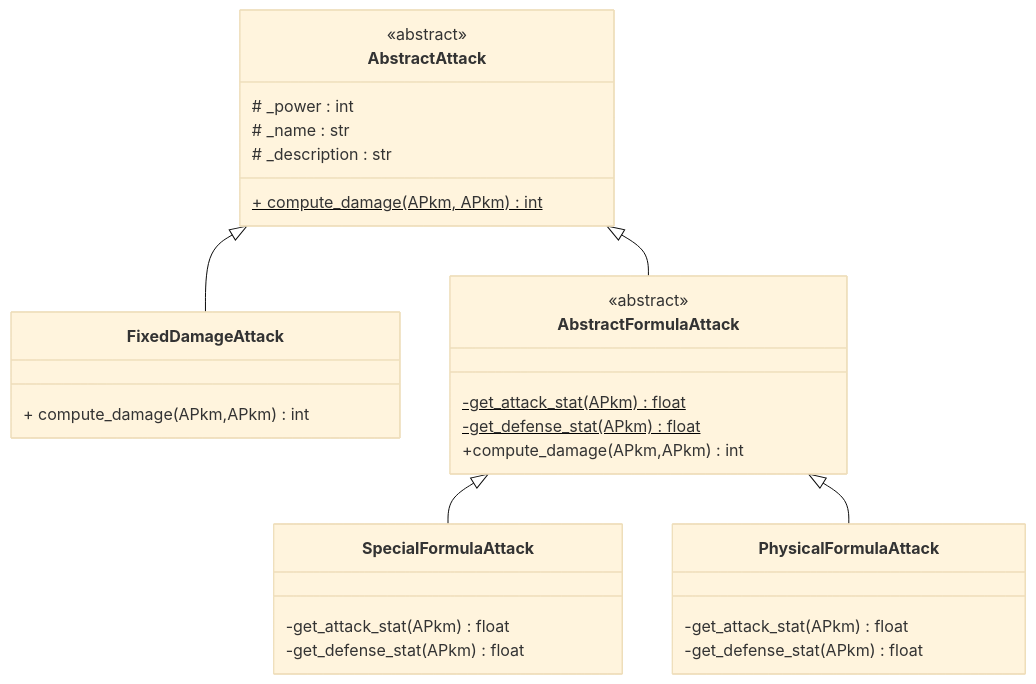
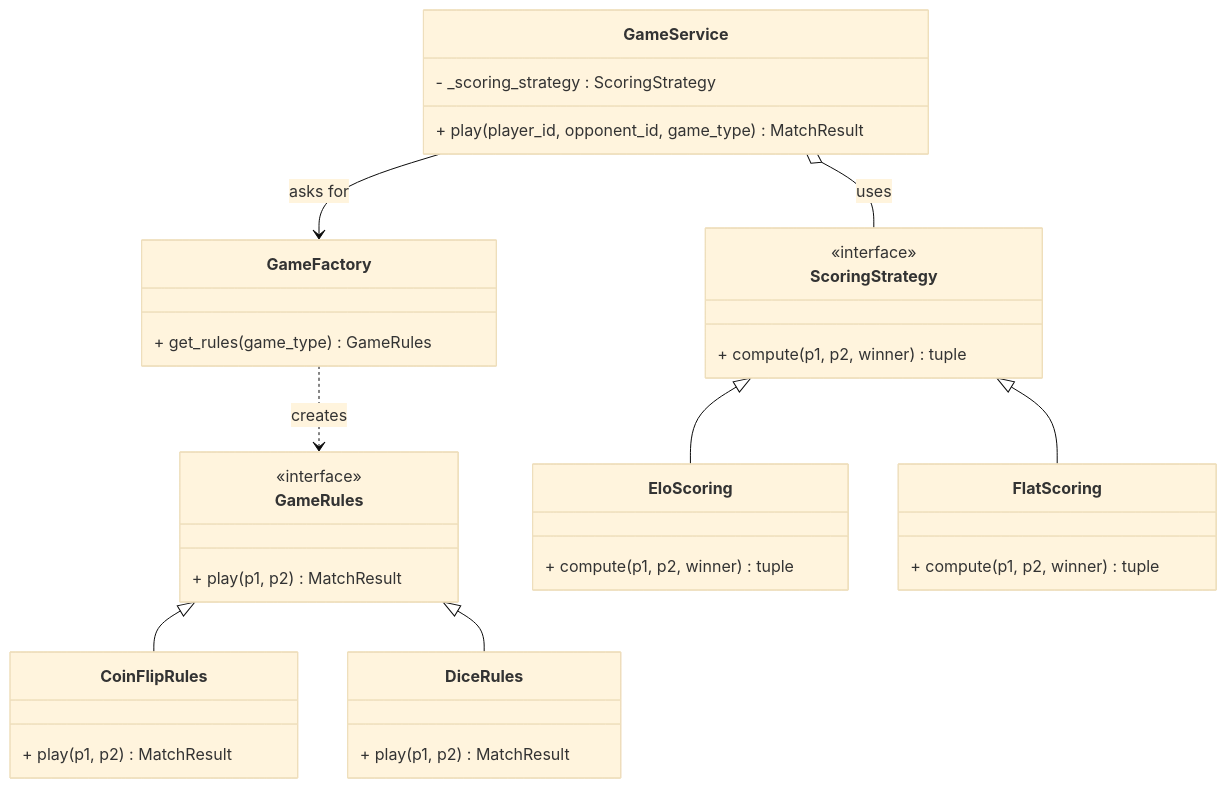
Before and after one commit to ludo2ne/ENSAI-2A-Projet-info: the diagram in quarto-site/doc/tp/tp2.qmd, drawn with Mermaid (base theme). The commit also changed other lines of this file and 6 other files, not shown here.

````diff
--- a/quarto-site/doc/tp/tp2.qmd
+++ b/quarto-site/doc/tp/tp2.qmd
@@ -422,37 +58,45 @@
 ```{mermaid}
 classDiagram
-
-  class AbstractAttack{
-    <<abstract>>
-    # _power : int
-    # _name : str
-    # _description : str
-    + compute_damage(APkm, APkm)$  int
+  class GameService {
+    - _scoring_strategy : ScoringStrategy
+    + play(player_id, opponent_id, game_type) MatchResult
   }
 
-   class FixedDamageAttack{
-    + compute_damage(APkm,APkm )  int
-   }
+  class GameFactory {
+    + get_rules(game_type) GameRules
+  }
 
-  class AbstractFormulaAttack{
-    <<abstract>>
-    -get_attack_stat(APkm)$  float
-    -get_defense_stat(APkm)$  float
-    +compute_damage(APkm,APkm)  int
+  class GameRules {
+    <<interface>>
+    + play(p1, p2) MatchResult
   }
- 
-  class PhysicalFormulaAttack{
-    -get_attack_stat(APkm)  float
-    -get_defense_stat(APkm)  float
+
+  class ScoringStrategy {
+    <<interface>>
+    + compute(p1, p2, winner) tuple
   }
- 
-  class SpecialFormulaAttack{
-    -get_attack_stat(APkm)  float
-    -get_defense_stat(APkm)  float
+
+  class CoinFlipRules {
+    + play(p1, p2) MatchResult
   }
- 
-   AbstractAttack <|-- FixedDamageAttack
-   AbstractAttack <|-- AbstractFormulaAttack
-   AbstractFormulaAttack <|-- SpecialFormulaAttack
-   AbstractFormulaAttack <|-- PhysicalFormulaAttack
+
+  class DiceRules {
+    + play(p1, p2) MatchResult
+  }
+
+  class EloScoring {
+    + compute(p1, p2, winner) tuple
+  }
+
+  class FlatScoring {
+    + compute(p1, p2, winner) tuple
+  }
+
+  GameService o-- ScoringStrategy : uses
+  GameService --> GameFactory : asks for
+  GameFactory ..> GameRules : creates
+  GameRules <|-- CoinFlipRules
+  GameRules <|-- DiceRules
+  ScoringStrategy <|-- EloScoring
+  ScoringStrategy <|-- FlatScoring
 ```
````
